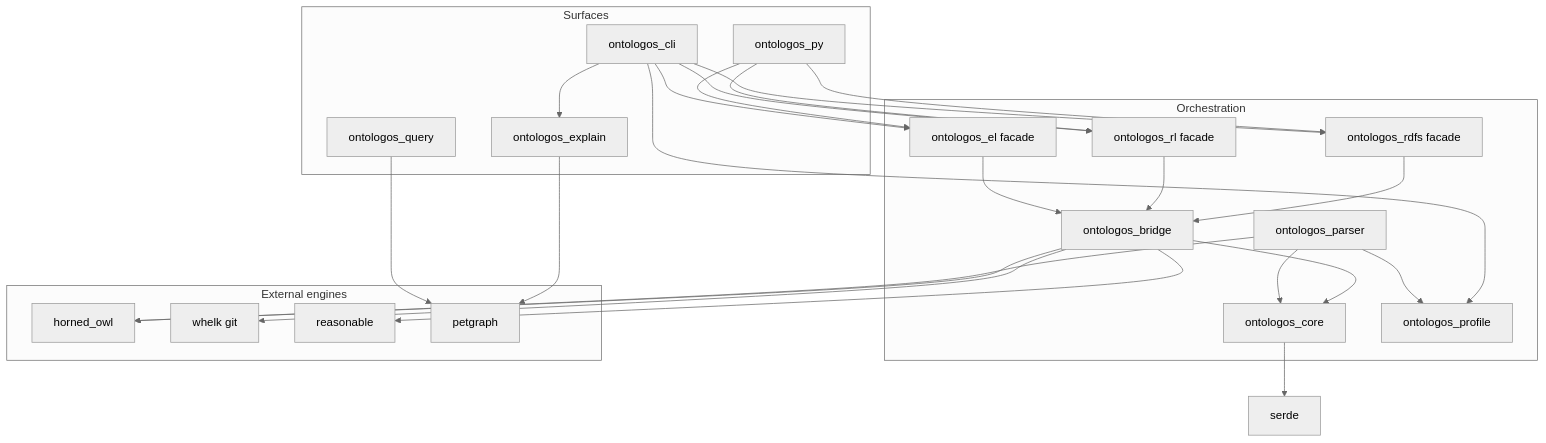
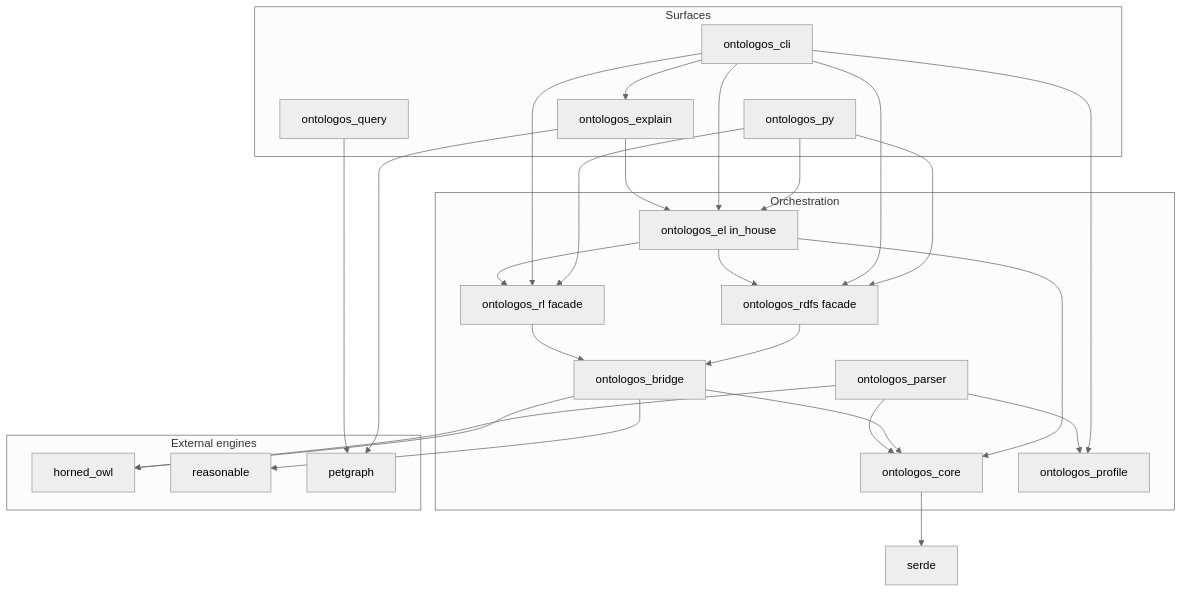
One commit to eddiethedean/ontologos changed the first of 2 diagrams in docs/architecture.md. Above: the diagram before and after it, drawn with Mermaid (neutral theme). The commit also changed other lines of this file and 20 other files, not shown here.

````diff
--- a/docs/architecture.md
+++ b/docs/architecture.md
@@ -7,48 +7,49 @@
 ```mermaid
 flowchart TB
   subgraph surfaces [Surfaces]
     cli[ontologos_cli]
     py[ontologos_py]
     query[ontologos_query]
     explain[ontologos_explain]
   end
 
   subgraph orchestration [Orchestration]
     core[ontologos_core]
     parser[ontologos_parser]
     profile[ontologos_profile]
     bridge[ontologos_bridge]
     rdfs[ontologos_rdfs facade]
     rl[ontologos_rl facade]
-    el[ontologos_el facade]
+    el[ontologos_el in_house]
   end
 
   subgraph external [External engines]
     horned[horned_owl]
-    whelk[whelk git]
     reasonable[reasonable]
     petgraph[petgraph]
   end
 
   parser --> horned
   parser --> core
   parser --> profile
   bridge --> horned
-  bridge --> whelk
   bridge --> reasonable
   bridge --> core
-  el --> bridge
+  el --> core
+  el --> rdfs
+  el --> rl
   rl --> bridge
   rdfs --> bridge
   query --> petgraph
   explain --> petgraph
+  explain --> el
   cli --> profile
   cli --> el
   cli --> rl
   cli --> rdfs
   cli --> explain
   py --> el
   py --> rl
   py --> rdfs
   core --> serde
 ```
````
